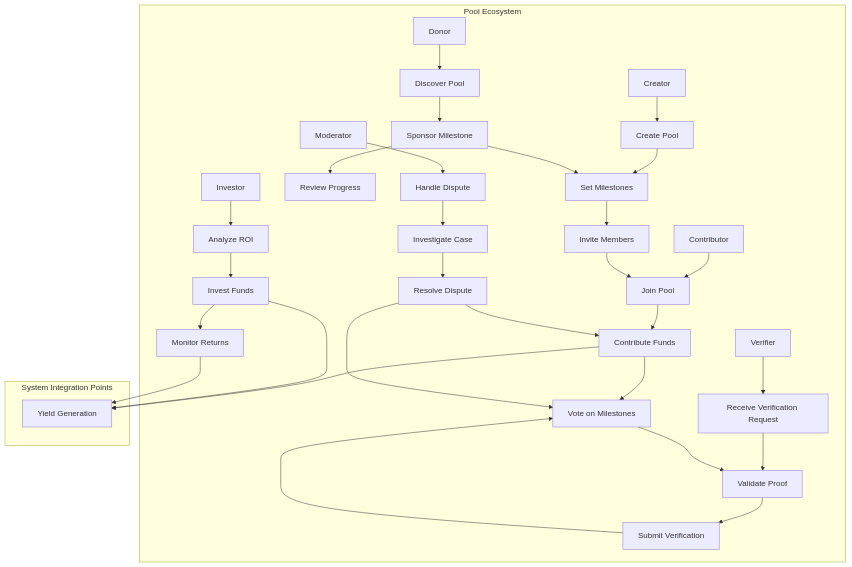
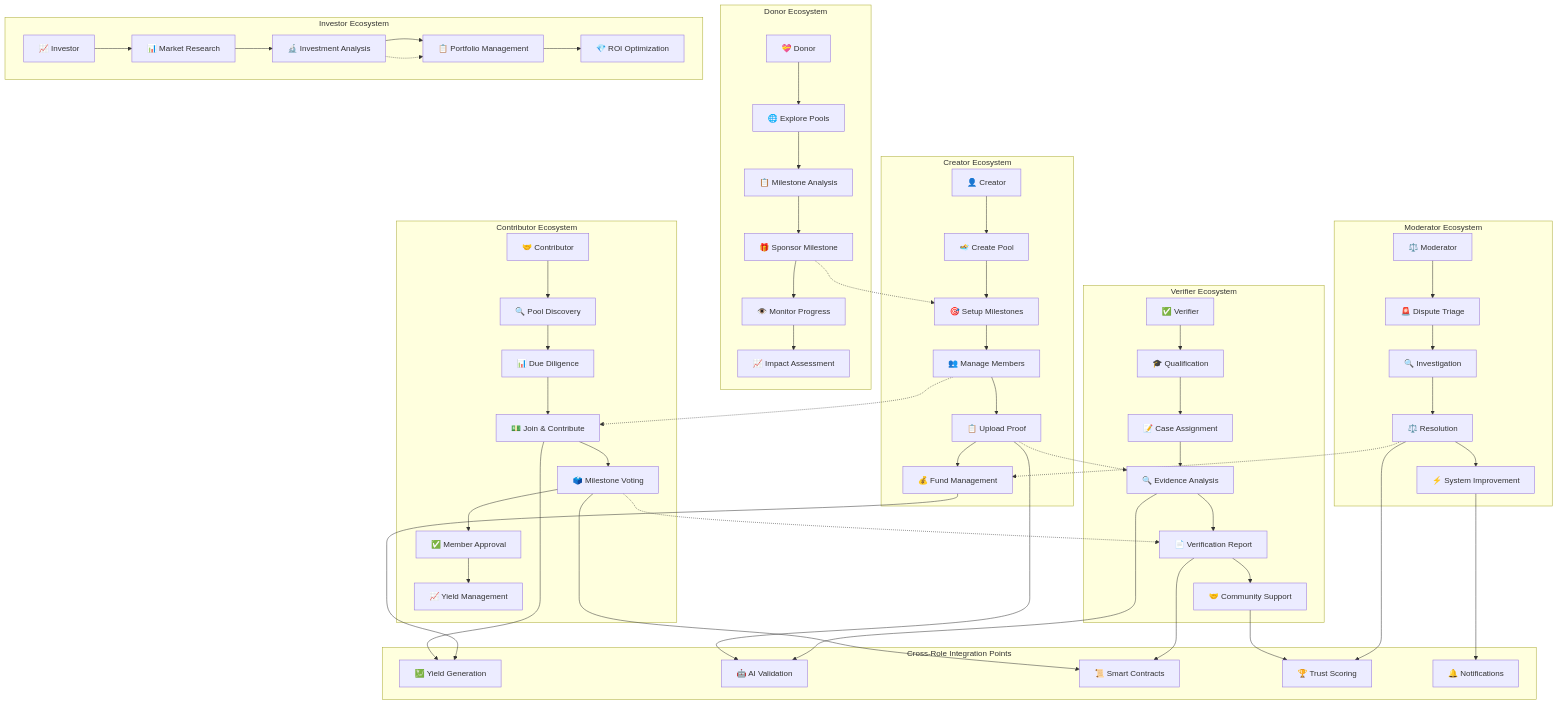
One commit to UPool-Fun/UPool changed diagram 11 of 11 in README.md. Above: the diagram before and after it, drawn with Mermaid. The commit also changed other lines of this file and 4 other files, not shown here.

````diff
--- a/README.md
+++ b/README.md
@@ -442,40 +535,117 @@
 ```mermaid
-graph TD
-    subgraph "Pool Ecosystem"
-        Creator[Creator] --> CreatePool[Create Pool]
-        CreatePool --> SetMilestones[Set Milestones]
-        SetMilestones --> InviteMembers[Invite Members]
+graph TB
+    subgraph "Creator Ecosystem"
+        CREATOR[👤 Creator]
+        CREATE_POOL[🏊 Create Pool]
+        SETUP_MILESTONES[🎯 Setup Milestones]
+        MANAGE_MEMBERS[👥 Manage Members]  
+        UPLOAD_PROOF[📋 Upload Proof]
+        FUND_MGMT[💰 Fund Management]
         
-        Contributor[Contributor] --> JoinPool[Join Pool]
-        JoinPool --> ContributeFunds[Contribute Funds]
-        ContributeFunds --> VoteOnMilestones[Vote on Milestones]
-        
-        Donor[Donor] --> DiscoverPool[Discover Pool]
-        DiscoverPool --> SponsorMilestone[Sponsor Milestone]
-        SponsorMilestone --> ReviewProgress[Review Progress]
-        
-        Investor[Investor] --> AnalyzeROI[Analyze ROI]
-        AnalyzeROI --> InvestFunds[Invest Funds]
-        InvestFunds --> MonitorReturns[Monitor Returns]
-        
-        Verifier[Verifier] --> ReceiveRequest[Receive Verification Request]
-        ReceiveRequest --> ValidateProof[Validate Proof]
-        ValidateProof --> SubmitVerification[Submit Verification]
-        
-        Moderator[Moderator] --> HandleDispute[Handle Dispute]
-        HandleDispute --> InvestigateCase[Investigate Case]
-        InvestigateCase --> ResolveDispute[Resolve Dispute]
+        CREATOR --> CREATE_POOL
+        CREATE_POOL --> SETUP_MILESTONES
+        SETUP_MILESTONES --> MANAGE_MEMBERS
+        MANAGE_MEMBERS --> UPLOAD_PROOF
+        UPLOAD_PROOF --> FUND_MGMT
     end
     
-    subgraph "System Integration Points"
-        InviteMembers --> JoinPool
-        ContributeFunds --> YieldGeneration[Yield Generation]
-        VoteOnMilestones --> ValidateProof
-        SubmitVerification --> VoteOnMilestones
-        SponsorMilestone --> SetMilestones
-        InvestFunds --> YieldGeneration
-        MonitorReturns --> YieldGeneration
-        ResolveDispute --> ContributeFunds
-        ResolveDispute --> VoteOnMilestones
+    subgraph "Contributor Ecosystem"
+        CONTRIBUTOR[🤝 Contributor]
+        DISCOVERY[🔍 Pool Discovery]
+        DUE_DILIGENCE[📊 Due Diligence]
+        JOIN_CONTRIBUTE[💵 Join & Contribute]
+        MILESTONE_VOTE[🗳️ Milestone Voting]
+        MEMBER_APPROVAL[✅ Member Approval]
+        YIELD_MGMT[📈 Yield Management]
+        
+        CONTRIBUTOR --> DISCOVERY
+        DISCOVERY --> DUE_DILIGENCE
+        DUE_DILIGENCE --> JOIN_CONTRIBUTE
+        JOIN_CONTRIBUTE --> MILESTONE_VOTE
+        MILESTONE_VOTE --> MEMBER_APPROVAL
+        MEMBER_APPROVAL --> YIELD_MGMT
     end
+    
+    subgraph "Donor Ecosystem"
+        DONOR[💝 Donor]
+        EXPLORE_POOLS[🌐 Explore Pools]
+        MILESTONE_ANALYSIS[📋 Milestone Analysis]
+        SPONSOR_MILESTONE[🎁 Sponsor Milestone]
+        MONITOR_PROGRESS[👁️ Monitor Progress]
+        IMPACT_REVIEW[📈 Impact Assessment]
+        
+        DONOR --> EXPLORE_POOLS
+        EXPLORE_POOLS --> MILESTONE_ANALYSIS
+        MILESTONE_ANALYSIS --> SPONSOR_MILESTONE
+        SPONSOR_MILESTONE --> MONITOR_PROGRESS
+        MONITOR_PROGRESS --> IMPACT_REVIEW
+    end
+    
+    subgraph "Investor Ecosystem"
+        INVESTOR[📈 Investor]
+        MARKET_RESEARCH[📊 Market Research]
+        INVESTMENT_ANALYSIS[🔬 Investment Analysis]
+        PORTFOLIO_MGMT[📋 Portfolio Management]
+        ROI_OPTIMIZATION[💎 ROI Optimization]
+        
+        INVESTOR --> MARKET_RESEARCH
+        MARKET_RESEARCH --> INVESTMENT_ANALYSIS
+        INVESTMENT_ANALYSIS --> PORTFOLIO_MGMT
+        PORTFOLIO_MGMT --> ROI_OPTIMIZATION
+    end
+    
+    subgraph "Verifier Ecosystem"
+        VERIFIER[✅ Verifier]
+        QUALIFICATION[🎓 Qualification]
+        CASE_ASSIGNMENT[📝 Case Assignment]
+        EVIDENCE_ANALYSIS[🔍 Evidence Analysis]
+        VERIFICATION_REPORT[📄 Verification Report]
+        COMMUNITY_SUPPORT[🤝 Community Support]
+        
+        VERIFIER --> QUALIFICATION
+        QUALIFICATION --> CASE_ASSIGNMENT
+        CASE_ASSIGNMENT --> EVIDENCE_ANALYSIS
+        EVIDENCE_ANALYSIS --> VERIFICATION_REPORT
+        VERIFICATION_REPORT --> COMMUNITY_SUPPORT
+    end
+    
+    subgraph "Moderator Ecosystem"
+        MODERATOR[⚖️ Moderator]
+        DISPUTE_TRIAGE[🚨 Dispute Triage]
+        INVESTIGATION[🔍 Investigation]
+        RESOLUTION[⚖️ Resolution]
+        SYSTEM_IMPROVEMENT[⚡ System Improvement]
+        
+        MODERATOR --> DISPUTE_TRIAGE
+        DISPUTE_TRIAGE --> INVESTIGATION
+        INVESTIGATION --> RESOLUTION
+        RESOLUTION --> SYSTEM_IMPROVEMENT
+    end
+    
+    subgraph "Cross-Role Integration Points"
+        YIELD_GENERATION[💹 Yield Generation]
+        AI_VALIDATION[🤖 AI Validation]
+        SMART_CONTRACTS[📜 Smart Contracts]
+        TRUST_SCORING[🏆 Trust Scoring]
+        NOTIFICATIONS[🔔 Notifications]
+    end
+    
+    %% Cross-role connections
+    MANAGE_MEMBERS -.-> JOIN_CONTRIBUTE
+    UPLOAD_PROOF -.-> EVIDENCE_ANALYSIS
+    MILESTONE_VOTE -.-> VERIFICATION_REPORT
+    SPONSOR_MILESTONE -.-> SETUP_MILESTONES
+    INVESTMENT_ANALYSIS -.-> PORTFOLIO_MGMT
+    RESOLUTION -.-> FUND_MGMT
+    
+    %% System integration connections
+    JOIN_CONTRIBUTE --> YIELD_GENERATION
+    FUND_MGMT --> YIELD_GENERATION
+    UPLOAD_PROOF --> AI_VALIDATION
+    EVIDENCE_ANALYSIS --> AI_VALIDATION
+    MILESTONE_VOTE --> SMART_CONTRACTS
+    VERIFICATION_REPORT --> SMART_CONTRACTS
+    COMMUNITY_SUPPORT --> TRUST_SCORING
+    RESOLUTION --> TRUST_SCORING
+    SYSTEM_IMPROVEMENT --> NOTIFICATIONS
 ```
````
